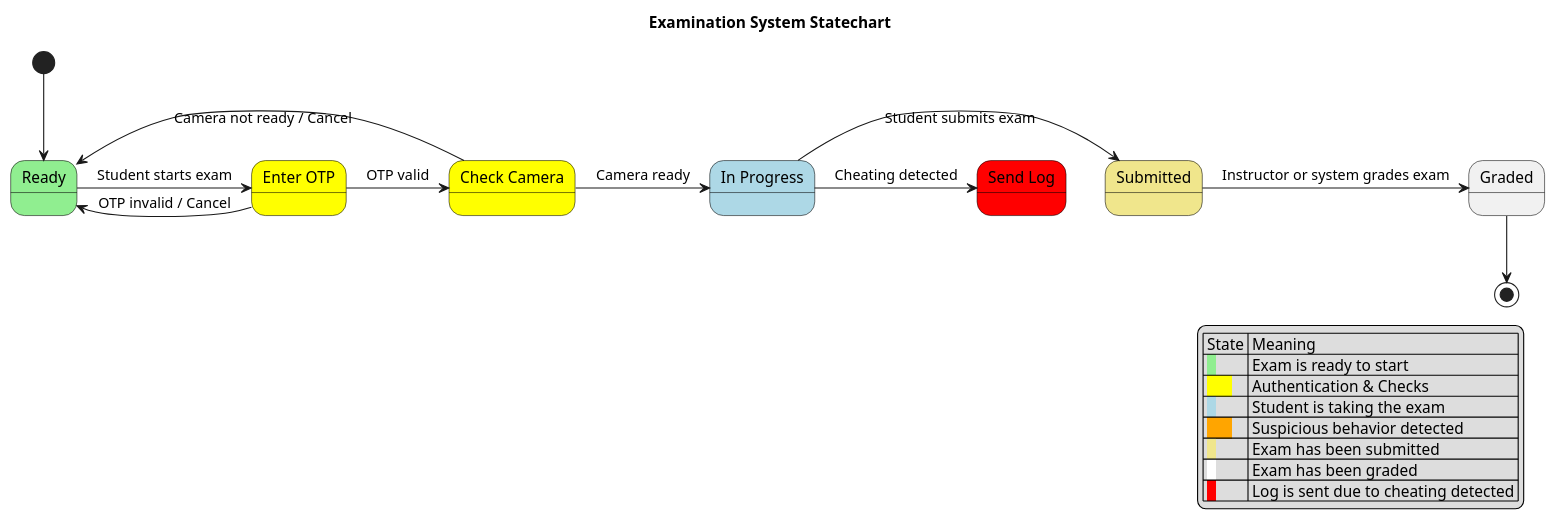
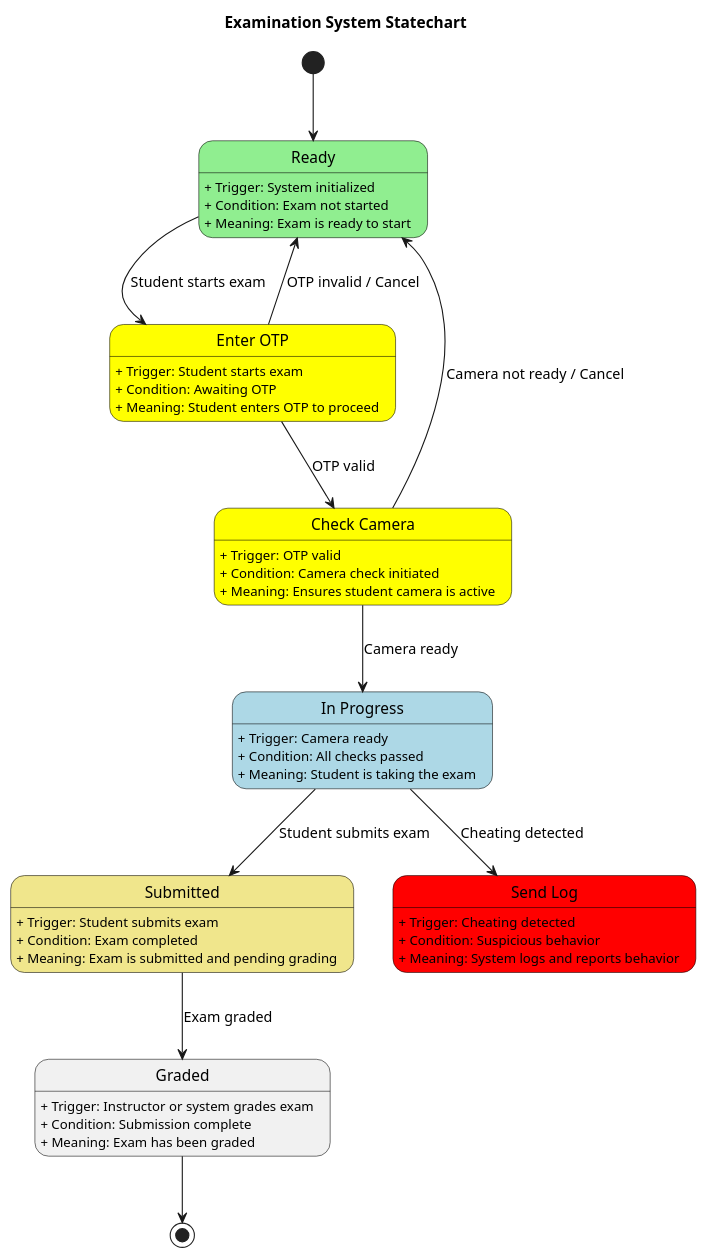
The diagram in design/statechart.puml (conghoan1211/AI-Kiosk-Testing-system), drawn with PlantUML before and after one commit. The commit also changed 774 other files, not shown here.

```diff
--- a/design/statechart.puml
+++ b/design/statechart.puml
@@ -1,42 +1,55 @@
-@startuml Examination_System_Statechart
+@startuml
 title Examination System Statechart
 
 skinparam state {
     BorderColor black
 }
 
 [*] --> Ready
 
 state "Ready" as Ready #lightgreen
+Ready : + Trigger: System initialized
+Ready : + Condition: Exam not started
+Ready : + Meaning: Exam is ready to start
+
 state "Enter OTP" as EnterOTP #yellow
+EnterOTP : + Trigger: Student starts exam
+EnterOTP : + Condition: Awaiting OTP
+EnterOTP : + Meaning: Student enters OTP to proceed
+
 state "Check Camera" as CheckCamera #yellow
+CheckCamera : + Trigger: OTP valid
+CheckCamera : + Condition: Camera check initiated
+CheckCamera : + Meaning: Ensures student camera is active
+
 state "In Progress" as InProgress #lightblue
+InProgress : + Trigger: Camera ready
+InProgress : + Condition: All checks passed
+InProgress : + Meaning: Student is taking the exam
+
 state "Submitted" as Submitted #khaki
+Submitted : + Trigger: Student submits exam
+Submitted : + Condition: Exam completed
+Submitted : + Meaning: Exam is submitted and pending grading
+
 state "Graded" as Graded
+Graded : + Trigger: Instructor or system grades exam
+Graded : + Condition: Submission complete
+Graded : + Meaning: Exam has been graded
+
 state "Send Log" as SendLog #red
+SendLog : + Trigger: Cheating detected
+SendLog : + Condition: Suspicious behavior
+SendLog : + Meaning: System logs and reports behavior
 
-Ready -> EnterOTP : Student starts exam
-EnterOTP -> CheckCamera : OTP valid
-EnterOTP -> Ready : OTP invalid / Cancel
-CheckCamera -> InProgress : Camera ready
-CheckCamera -> Ready : Camera not ready / Cancel
-
-InProgress -> Submitted : Student submits exam
-Submitted -> Graded : Instructor or system grades exam
-
-InProgress -> SendLog : Cheating detected
-
+Ready --> EnterOTP : Student starts exam
+EnterOTP --> CheckCamera : OTP valid
+EnterOTP --> Ready : OTP invalid / Cancel
+CheckCamera --> InProgress : Camera ready
+CheckCamera --> Ready : Camera not ready / Cancel
+InProgress --> Submitted : Student submits exam
+InProgress --> SendLog : Cheating detected
+Submitted --> Graded : Exam graded
 Graded --> [*]
 
-legend right
-  | State | Meaning |
-  | <back:lightgreen>  </back> | Exam is ready to start |
-  | <back:yellow>      </back> | Authentication & Checks |
-  | <back:lightblue>  </back> | Student is taking the exam |
-  | <back:orange>      </back> | Suspicious behavior detected |
-  | <back:khaki>  </back> | Exam has been submitted |
-  | <back:white>  </back> | Exam has been graded |
-  | <back:red>  </back> | Log is sent due to cheating detected |
-end legend
-
 @enduml
```
